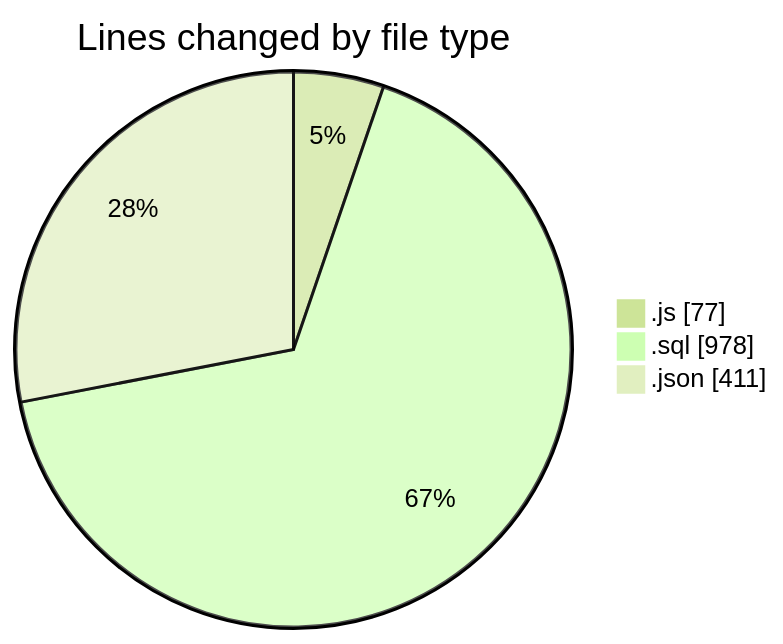
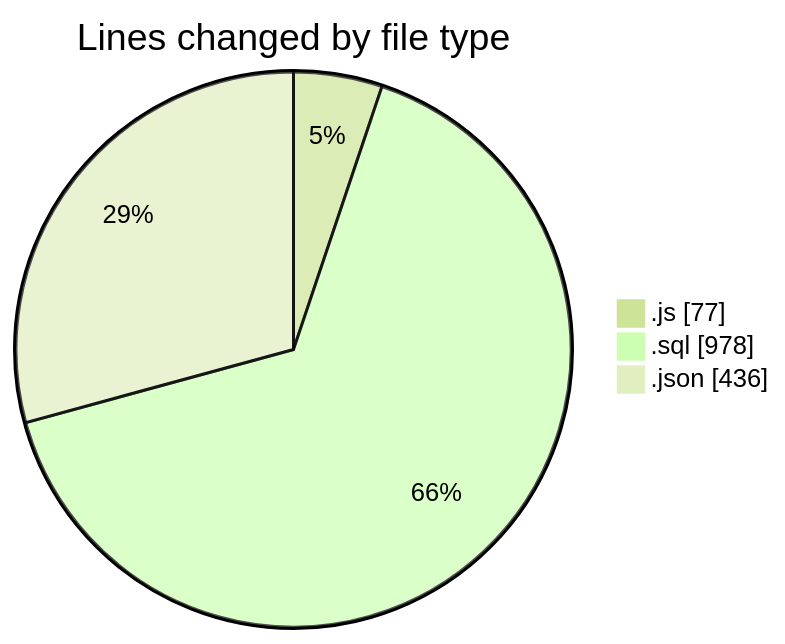
The first of 2 diagrams in 2026-05-20/cda/README.md (momahboobian/code-tracking), drawn with Mermaid (forest theme) before and after one commit. The commit also changed other lines of this file and 1 other file, not shown here.

````diff
--- a/2026-05-20/cda/README.md
+++ b/2026-05-20/cda/README.md
@@ -25,7 +25,7 @@
 ```mermaid
 pie showData
 title Lines changed by file type
 ".js" : 77
 ".sql" : 978
-".json" : 411
+".json" : 436
 ```
````
